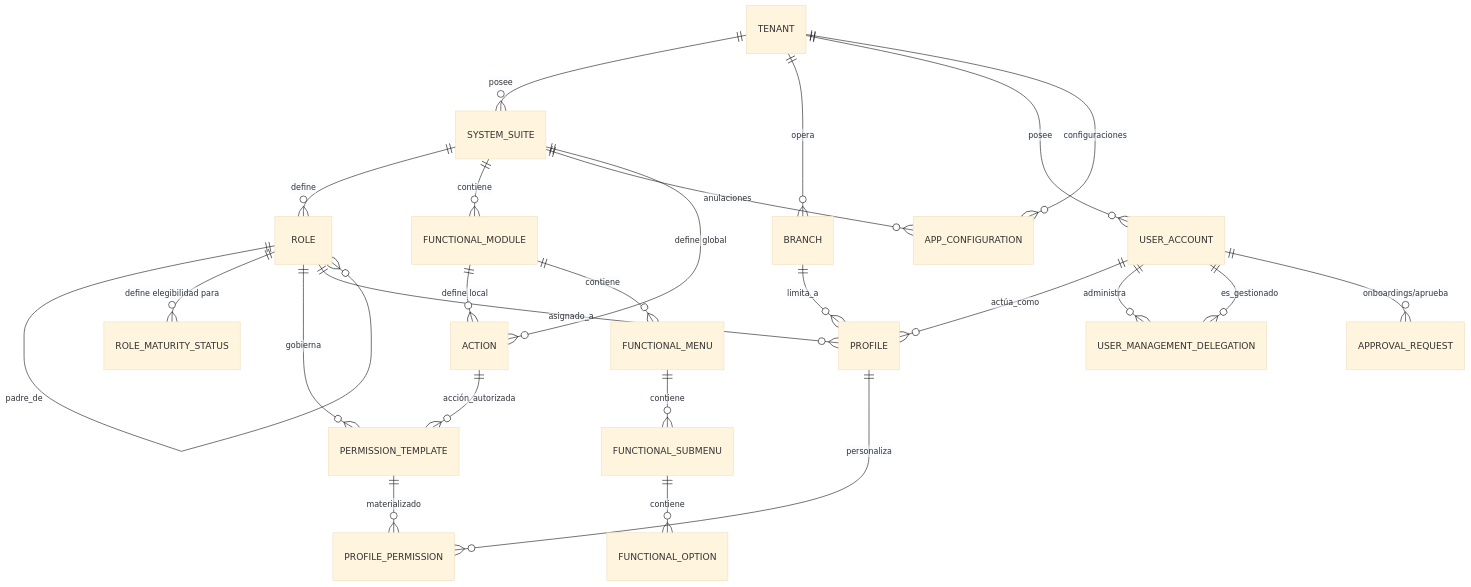
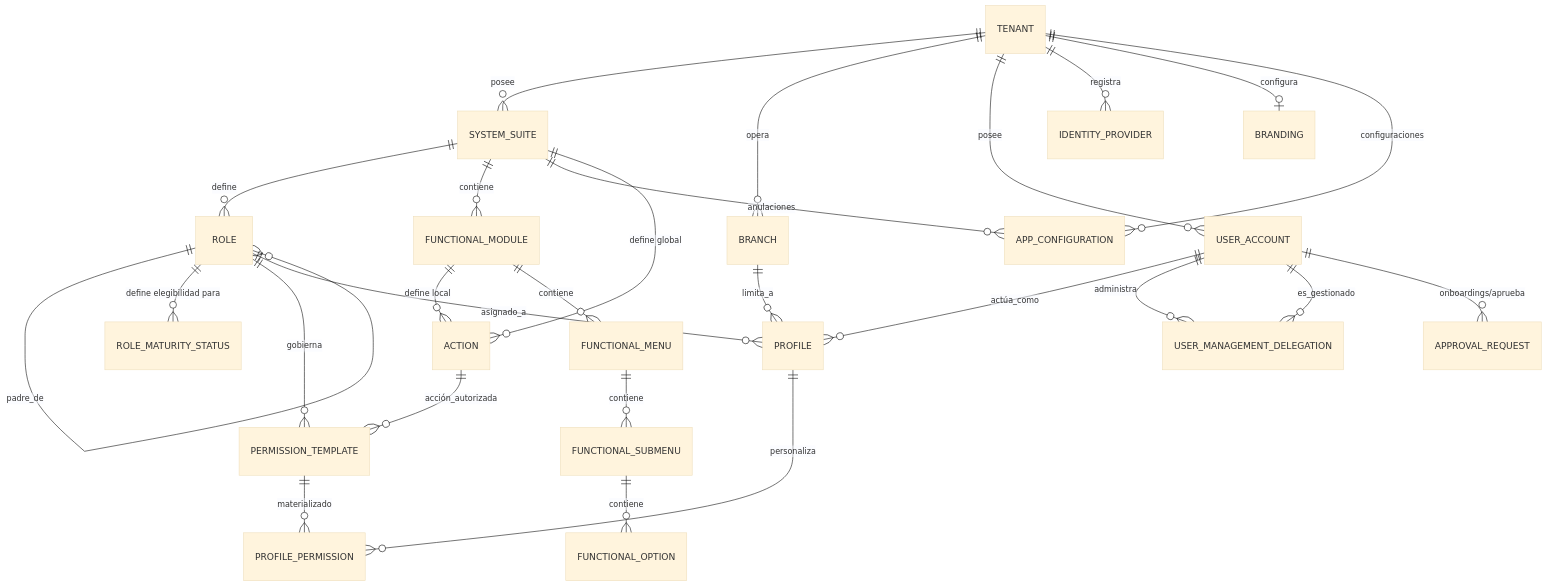
Before and after one commit to beyondnetcode/ums: the first of 4 diagrams in docs/architecture/blueprints-es/database-design-er.md, drawn with Mermaid (base theme). The commit also changed other lines of this file and 3 other files, not shown here.

Commit message:
docs: integrate IDENTITY_PROVIDER and BRANDING entities into English and Spanish ER blueprints, DBML, and SQL DDL

````diff
--- a/docs/architecture/blueprints-es/database-design-er.md
+++ b/docs/architecture/blueprints-es/database-design-er.md
@@ -31,34 +31,36 @@
 ```mermaid
 erDiagram
     TENANT ||--o{ SYSTEM_SUITE : "posee"
     TENANT ||--o{ BRANCH : "opera"
     TENANT ||--o{ USER_ACCOUNT : "posee"
+    TENANT ||--o{ IDENTITY_PROVIDER : "registra"
+    TENANT ||--o| BRANDING : "configura"
     SYSTEM_SUITE ||--o{ ROLE : "define"
     SYSTEM_SUITE ||--o{ FUNCTIONAL_MODULE : "contiene"
     
     ROLE ||--o{ ROLE : "padre_de"
     ROLE ||--o{ ROLE_MATURITY_STATUS : "define elegibilidad para"
     
     TENANT ||--o{ APP_CONFIGURATION : "configuraciones"
     SYSTEM_SUITE ||--o{ APP_CONFIGURATION : "anulaciones"
     
     ROLE ||--o{ PERMISSION_TEMPLATE : "gobierna"
     PERMISSION_TEMPLATE ||--o{ PROFILE_PERMISSION : "materializado"
     
     USER_ACCOUNT ||--o{ PROFILE : "actúa_como"
     ROLE ||--o{ PROFILE : "asignado_a"
     BRANCH ||--o{ PROFILE : "limita_a"
     PROFILE ||--o{ PROFILE_PERMISSION : "personaliza"
     USER_ACCOUNT ||--o{ USER_MANAGEMENT_DELEGATION : "administra"
     USER_ACCOUNT ||--o{ USER_MANAGEMENT_DELEGATION : "es_gestionado"
     USER_ACCOUNT ||--o{ APPROVAL_REQUEST : "onboardings/aprueba"
     
     SYSTEM_SUITE ||--o{ ACTION : "define global"
     FUNCTIONAL_MODULE ||--o{ ACTION : "define local"
     
     FUNCTIONAL_MODULE ||--o{ FUNCTIONAL_MENU : "contiene"
     FUNCTIONAL_MENU ||--o{ FUNCTIONAL_SUBMENU : "contiene"
     FUNCTIONAL_SUBMENU ||--o{ FUNCTIONAL_OPTION : "contiene"
     
     ACTION ||--o{ PERMISSION_TEMPLATE : "acción_autorizada"
 ```
````
